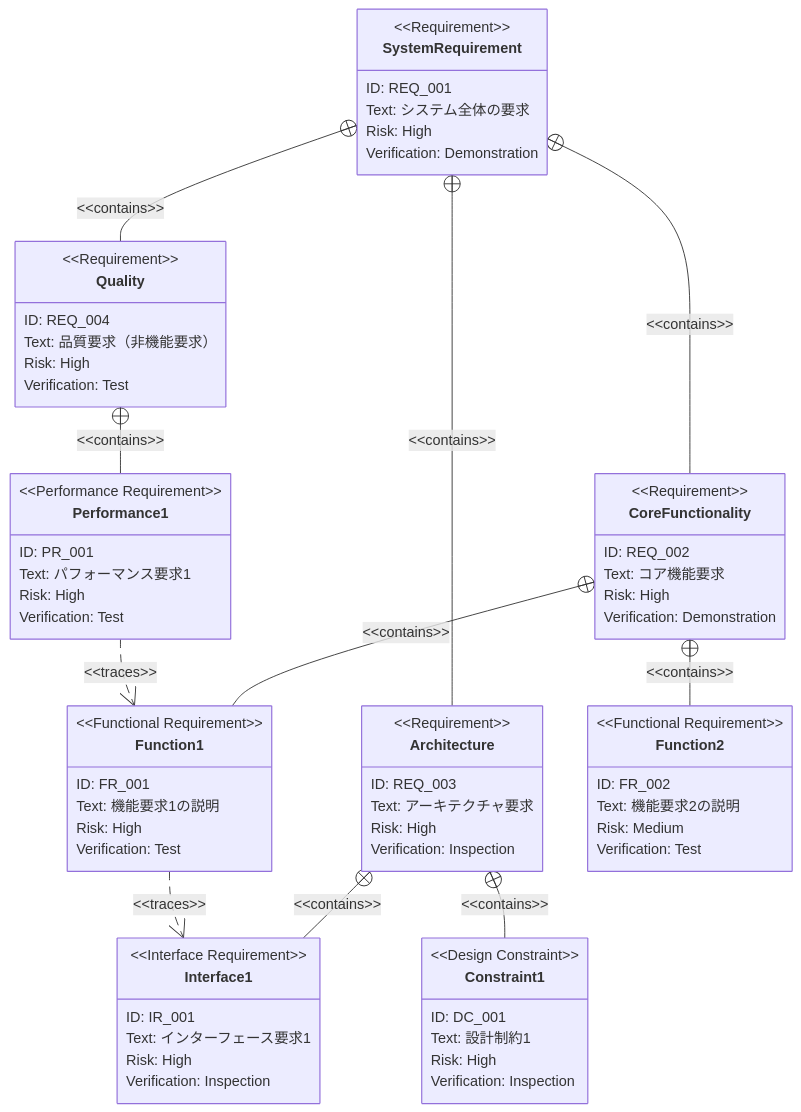
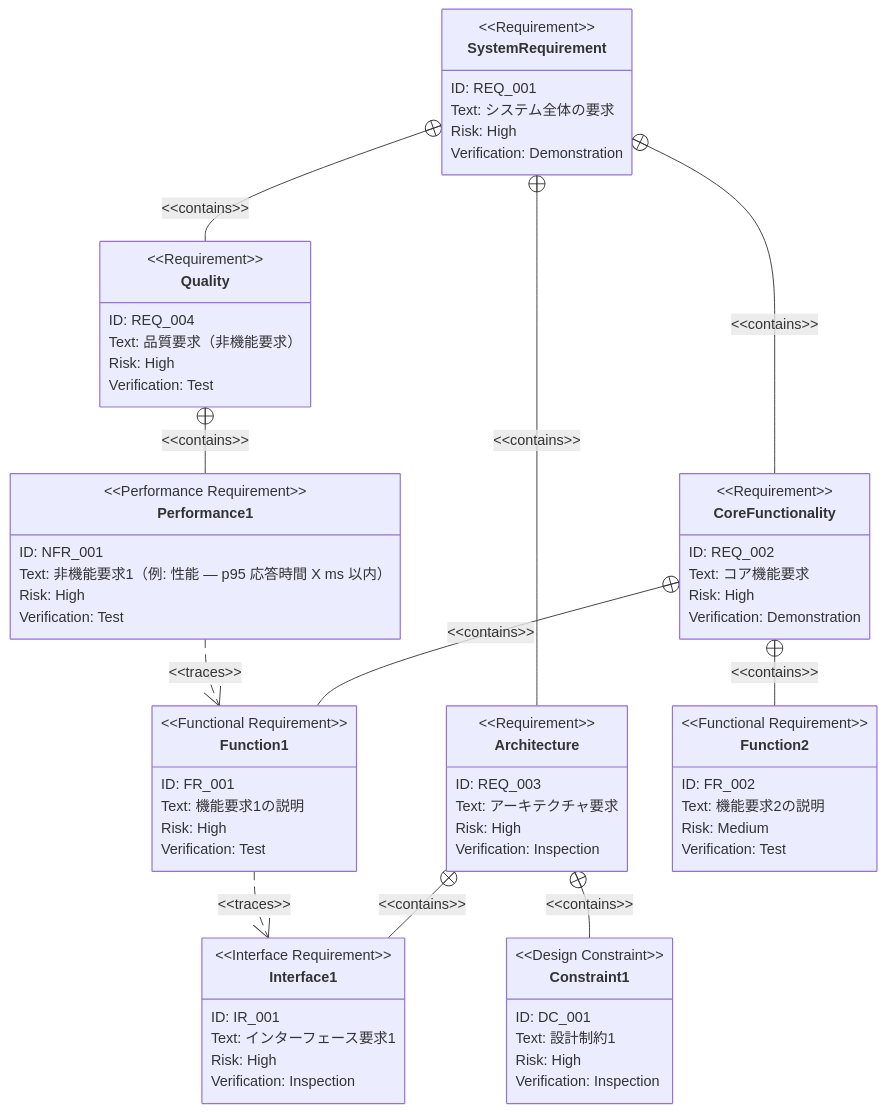
One commit to ToshikiImagawa/ai-sdd-workflow-dev changed the third of 4 diagrams in plugins/sdd-workflow/skills/generate-prd/templates/ja/prd_template.md. Above: the diagram before and after it, drawn with Mermaid. The commit also changed other lines of this file and 21 other files, not shown here.

````diff
--- a/plugins/sdd-workflow/skills/generate-prd/templates/ja/prd_template.md
+++ b/plugins/sdd-workflow/skills/generate-prd/templates/ja/prd_template.md
@@ -138,76 +138,76 @@
 ```mermaid
 requirementDiagram
     requirement SystemRequirement {
         id: REQ_001
         text: "システム全体の要求"
         risk: high
         verifymethod: demonstration
     }
 
     requirement CoreFunctionality {
         id: REQ_002
         text: "コア機能要求"
         risk: high
         verifymethod: demonstration
     }
 
     requirement Architecture {
         id: REQ_003
         text: "アーキテクチャ要求"
         risk: high
         verifymethod: inspection
     }
 
     requirement Quality {
         id: REQ_004
         text: "品質要求（非機能要求）"
         risk: high
         verifymethod: test
     }
 
     functionalRequirement Function1 {
         id: FR_001
         text: "機能要求1の説明"
         risk: high
         verifymethod: test
     }
 
     functionalRequirement Function2 {
         id: FR_002
         text: "機能要求2の説明"
         risk: medium
         verifymethod: test
     }
 
     performanceRequirement Performance1 {
-        id: PR_001
-        text: "パフォーマンス要求1"
+        id: NFR_001
+        text: "非機能要求1（例: 性能 — p95 応答時間 X ms 以内）"
         risk: high
         verifymethod: test
     }
 
     interfaceRequirement Interface1 {
         id: IR_001
         text: "インターフェース要求1"
         risk: high
         verifymethod: inspection
     }
 
     designConstraint Constraint1 {
         id: DC_001
         text: "設計制約1"
         risk: high
         verifymethod: inspection
     }
 
     SystemRequirement - contains -> CoreFunctionality
     SystemRequirement - contains -> Architecture
     SystemRequirement - contains -> Quality
     CoreFunctionality - contains -> Function1
     CoreFunctionality - contains -> Function2
     Quality - contains -> Performance1
     Architecture - contains -> Interface1
     Architecture - contains -> Constraint1
     Function1 - traces -> Interface1
     Performance1 - traces -> Function1
 ```
````
